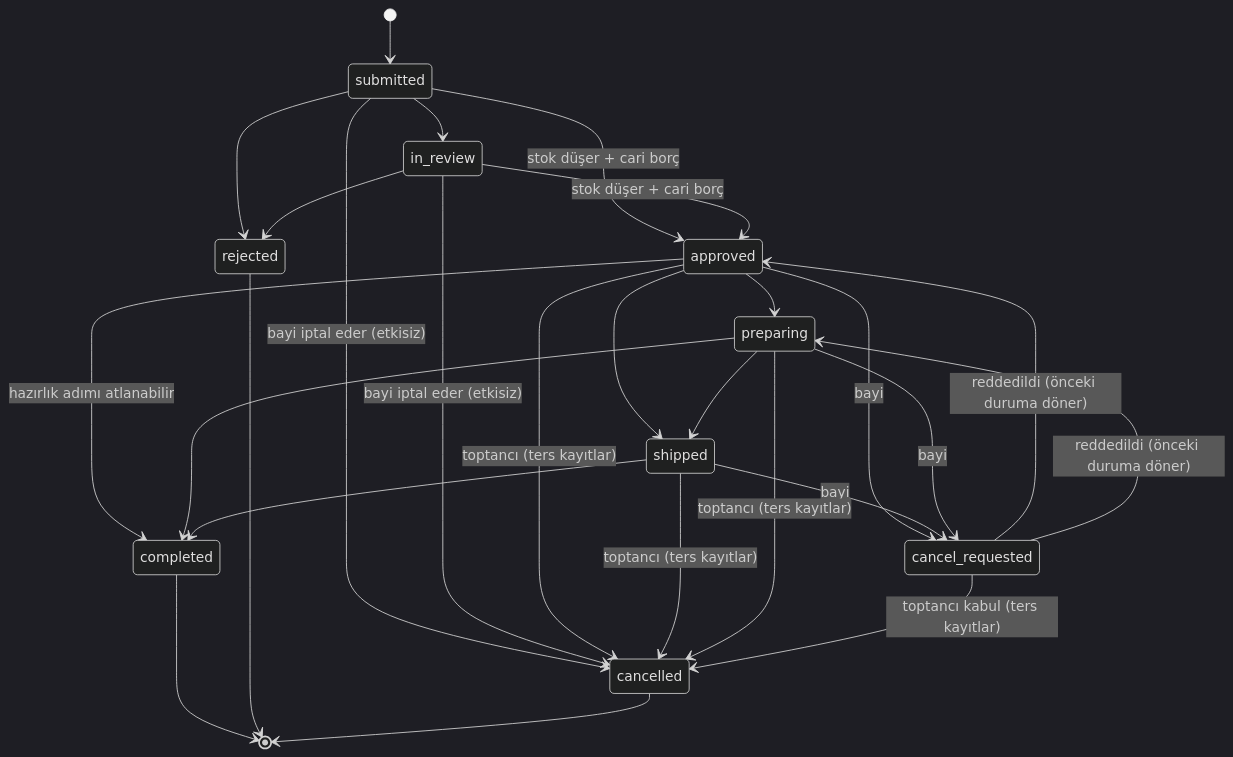
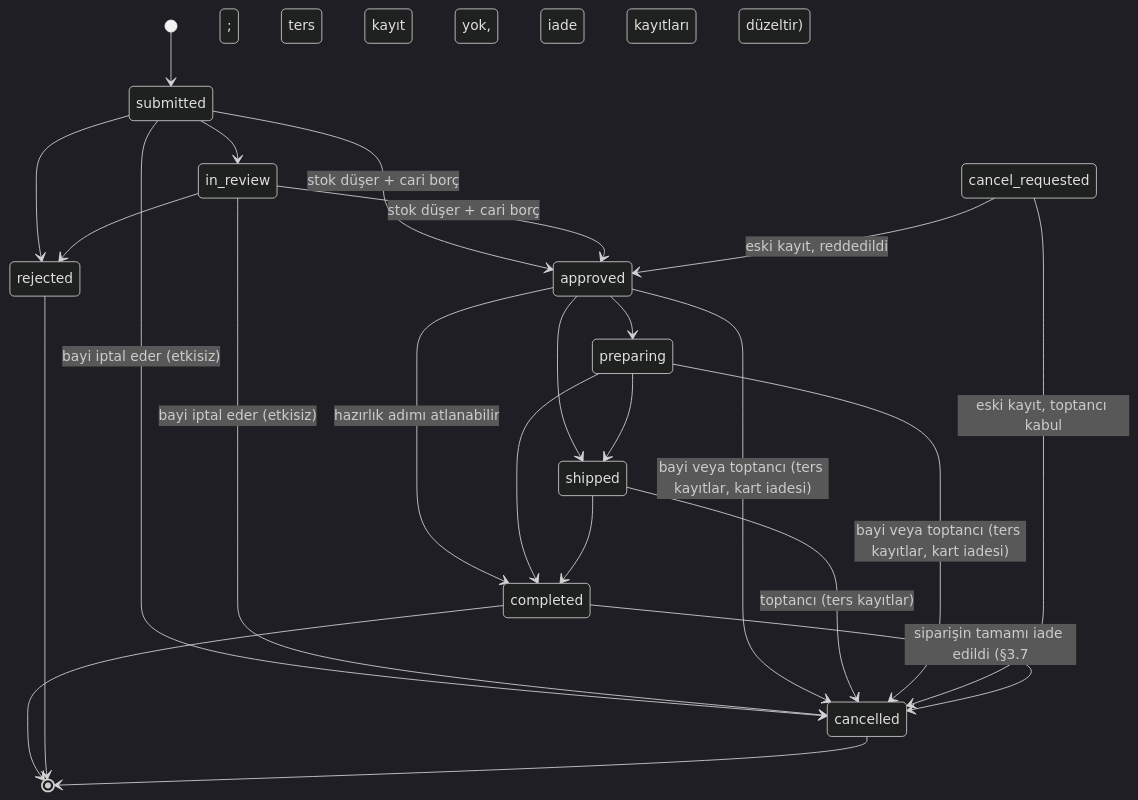
The second of 2 diagrams in docs/03-is-kurallari.md (Burakgul3085/B2B), drawn with Mermaid (dark theme) before and after one commit. The commit also changed other lines of this file and 22 other files, not shown here.

First line of the commit message:
B2B iptal/iade akışı: yola çıkana kadar bayi doğrudan iptal eder, sonrası iade talebi; kartlı ödemede iade karta

````diff
--- a/docs/03-is-kurallari.md
+++ b/docs/03-is-kurallari.md
@@ -76,29 +76,26 @@
 ```mermaid
 stateDiagram-v2
   [*] --> submitted
   submitted --> in_review
   submitted --> approved: stok düşer + cari borç
   submitted --> rejected
   submitted --> cancelled: bayi iptal eder (etkisiz)
   in_review --> approved: stok düşer + cari borç
   in_review --> rejected
   in_review --> cancelled: bayi iptal eder (etkisiz)
   approved --> preparing
   approved --> completed: hazırlık adımı atlanabilir
-  approved --> cancel_requested: bayi
-  approved --> cancelled: toptancı (ters kayıtlar)
+  approved --> cancelled: bayi veya toptancı (ters kayıtlar, kart iadesi)
   approved --> shipped
   preparing --> shipped
   preparing --> completed
   shipped --> completed
-  shipped --> cancel_requested: bayi
   shipped --> cancelled: toptancı (ters kayıtlar)
-  preparing --> cancel_requested: bayi
-  preparing --> cancelled: toptancı (ters kayıtlar)
-  cancel_requested --> cancelled: toptancı kabul (ters kayıtlar)
-  cancel_requested --> approved: reddedildi (önceki duruma döner)
-  cancel_requested --> preparing: reddedildi (önceki duruma döner)
+  preparing --> cancelled: bayi veya toptancı (ters kayıtlar, kart iadesi)
+  cancel_requested --> cancelled: eski kayıt, toptancı kabul
+  cancel_requested --> approved: eski kayıt, reddedildi
+  completed --> cancelled: siparişin tamamı iade edildi (§3.7; ters kayıt yok, iade kayıtları düzeltir)
   completed --> [*]
   rejected --> [*]
   cancelled --> [*]
 ```
````
